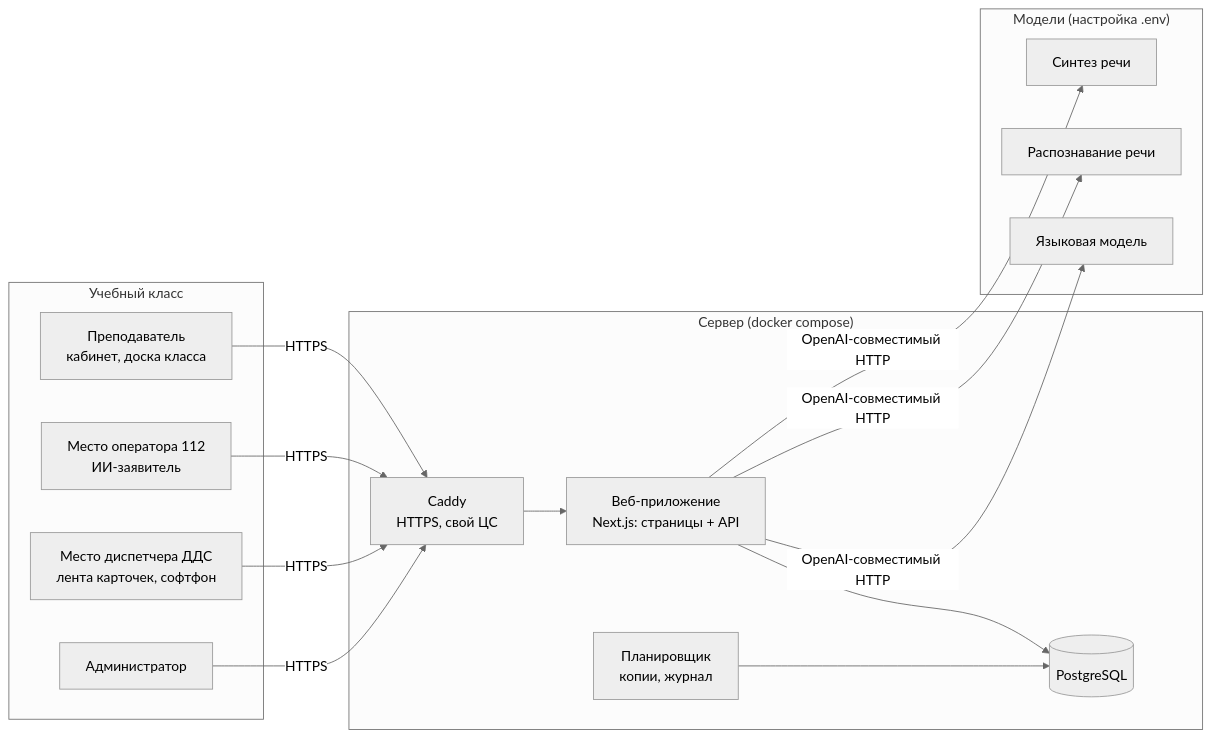
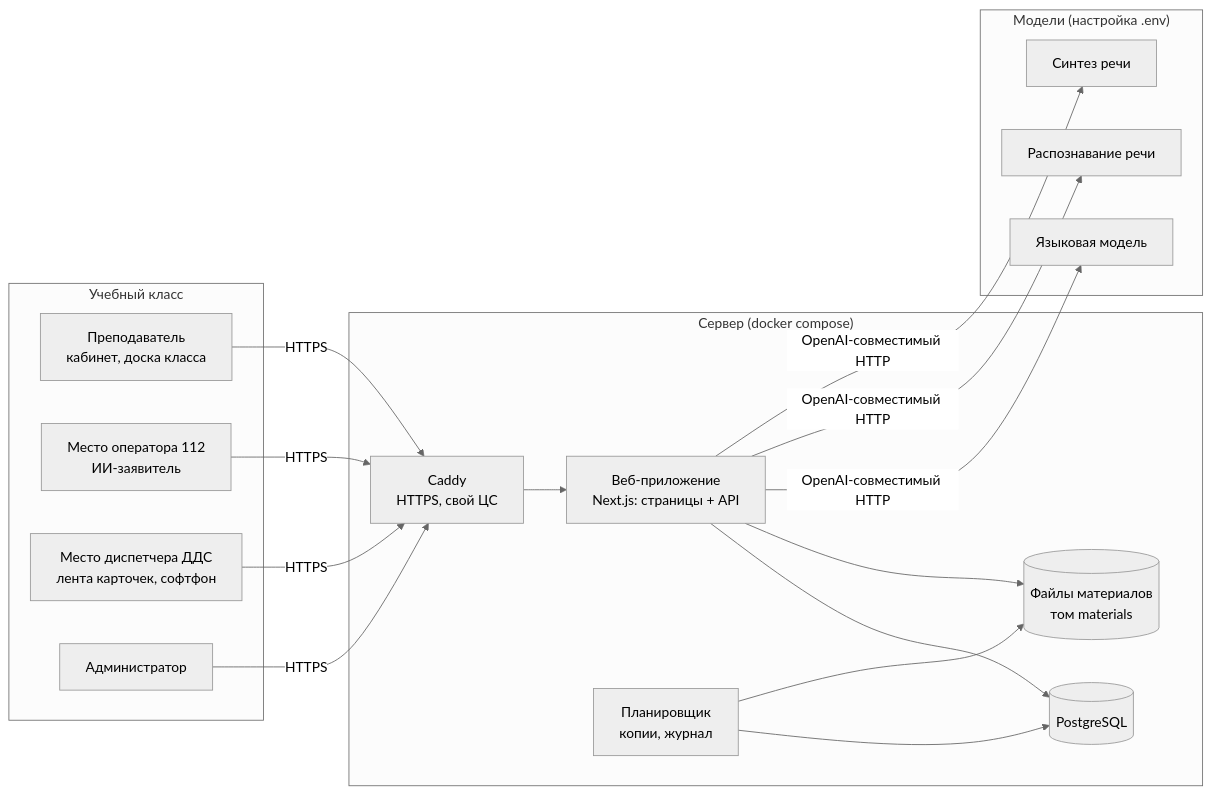
Before and after one commit to bukhanka/trainer-112-dds: the first of 2 diagrams in docs/architecture.md, drawn with Mermaid (neutral theme). The commit also changed other lines of this file and 9 other files, not shown here.

````diff
--- a/docs/architecture.md
+++ b/docs/architecture.md
@@ -5,24 +5,25 @@
 ```mermaid
 flowchart LR
   subgraph Class["Учебный класс"]
     T["Преподаватель<br/>кабинет, доска класса"]
     S1["Место оператора 112<br/>ИИ-заявитель"]
     S2["Место диспетчера ДДС<br/>лента карточек, софтфон"]
     A["Администратор"]
   end
   subgraph Server["Сервер (docker compose)"]
     C["Caddy<br/>HTTPS, свой ЦС"]
     APP["Веб-приложение<br/>Next.js: страницы + API"]
     DB[("PostgreSQL")]
+    FS[("Файлы материалов<br/>том materials")]
     SCH["Планировщик<br/>копии, журнал"]
   end
   subgraph AI["Модели (настройка .env)"]
     LLM["Языковая модель"]
     STT["Распознавание речи"]
     TTS["Синтез речи"]
   end
   T & S1 & S2 & A -->|HTTPS| C --> APP
-  APP --> DB
-  SCH --> DB
+  APP --> DB & FS
+  SCH --> DB & FS
   APP -->|OpenAI-совместимый HTTP| LLM & STT & TTS
 ```
````
